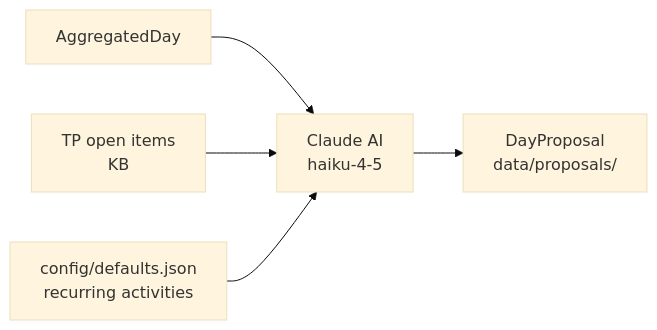
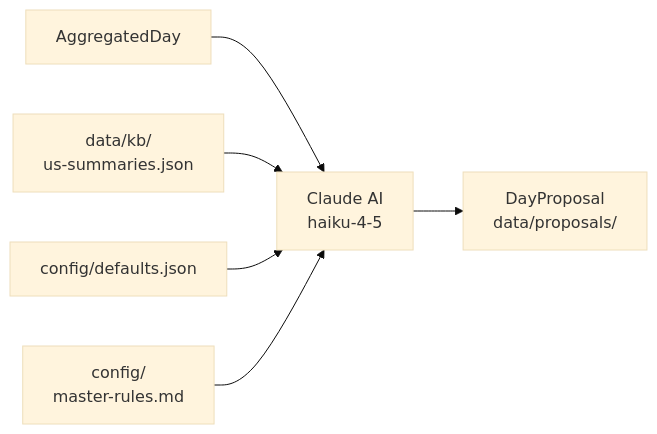
The fourth of 10 diagrams in FUNCTIONAL.md (shinjigi/my_ms_graph_api_collector), drawn with Mermaid (base theme) before and after one commit. The commit also changed other lines of this file, not shown here.

Commit message:
[my_ms_graph_api_collector][#329300] Formazione 2026 IA AI agenti conseguenze ~ opportunità - docs(functional): document KB refresh flow, TP open items query strategy, and defaults.json schema

````diff
--- a/FUNCTIONAL.md
+++ b/FUNCTIONAL.md
@@ -132,13 +132,15 @@
 ```mermaid
 flowchart LR
     AGG[AggregatedDay]
-    KB[TP open items<br />KB]
-    DEF[config/defaults.json<br />recurring activities]
+    KB[data/kb/<br />us-summaries.json]
+    DEF[config/defaults.json]
+    RULES[config/<br />master-rules.md]
     CLAUDE[Claude AI<br />haiku-4-5]
     PROP[DayProposal<br />data/proposals/]
 
     AGG --> CLAUDE
     KB --> CLAUDE
     DEF --> CLAUDE
+    RULES --> CLAUDE
     CLAUDE --> PROP
 ```
````
